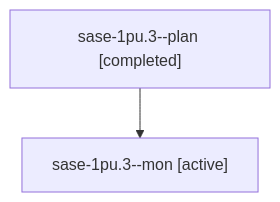
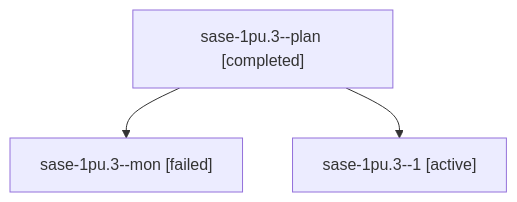
The diagram in sessions/bbugyi200.athena.sase-1pu.3.md (sase-org/sase--agents), drawn with Mermaid before and after one commit. The commit also changed other lines of this file and 114 other files, not shown here.

````diff
--- a/sessions/bbugyi200.athena.sase-1pu.3.md
+++ b/sessions/bbugyi200.athena.sase-1pu.3.md
@@ -9,6 +9,8 @@
 ```mermaid
 flowchart TD
   n0["sase-1pu.3--plan [completed]"]
-  n1["sase-1pu.3--mon [active]"]
+  n1["sase-1pu.3--mon [failed]"]
   n0 --> n1
+  n2["sase-1pu.3--1 [active]"]
+  n0 --> n2
 ```
````
